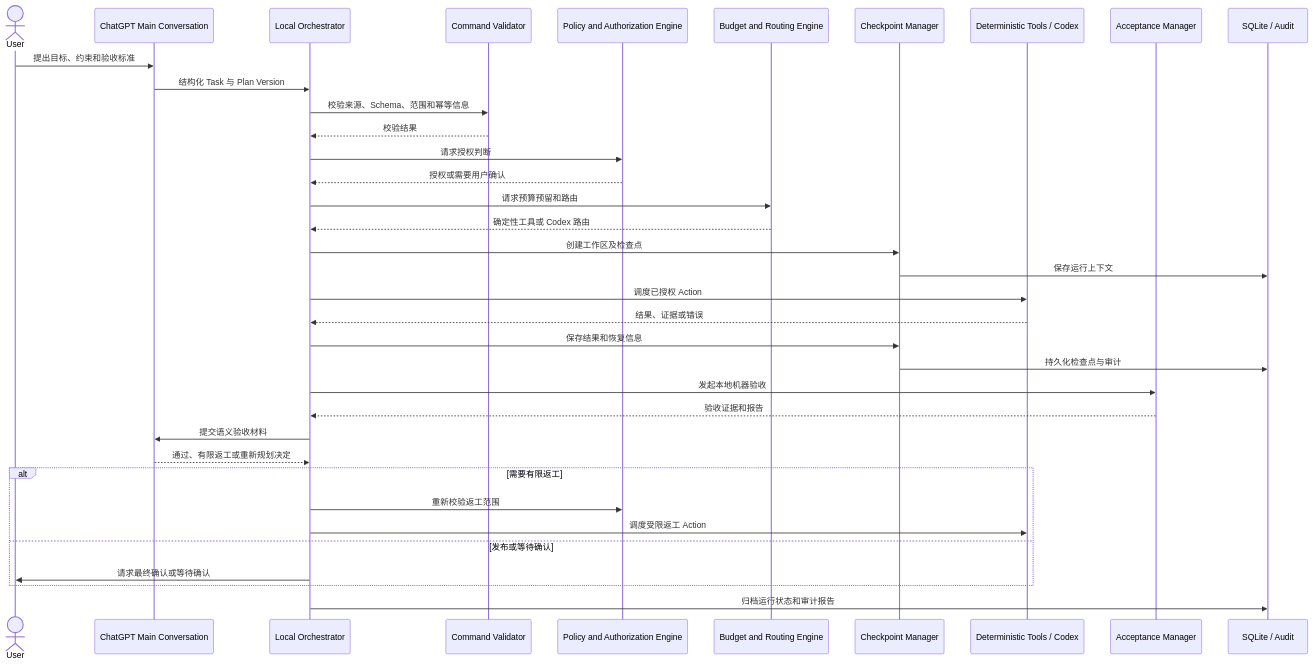
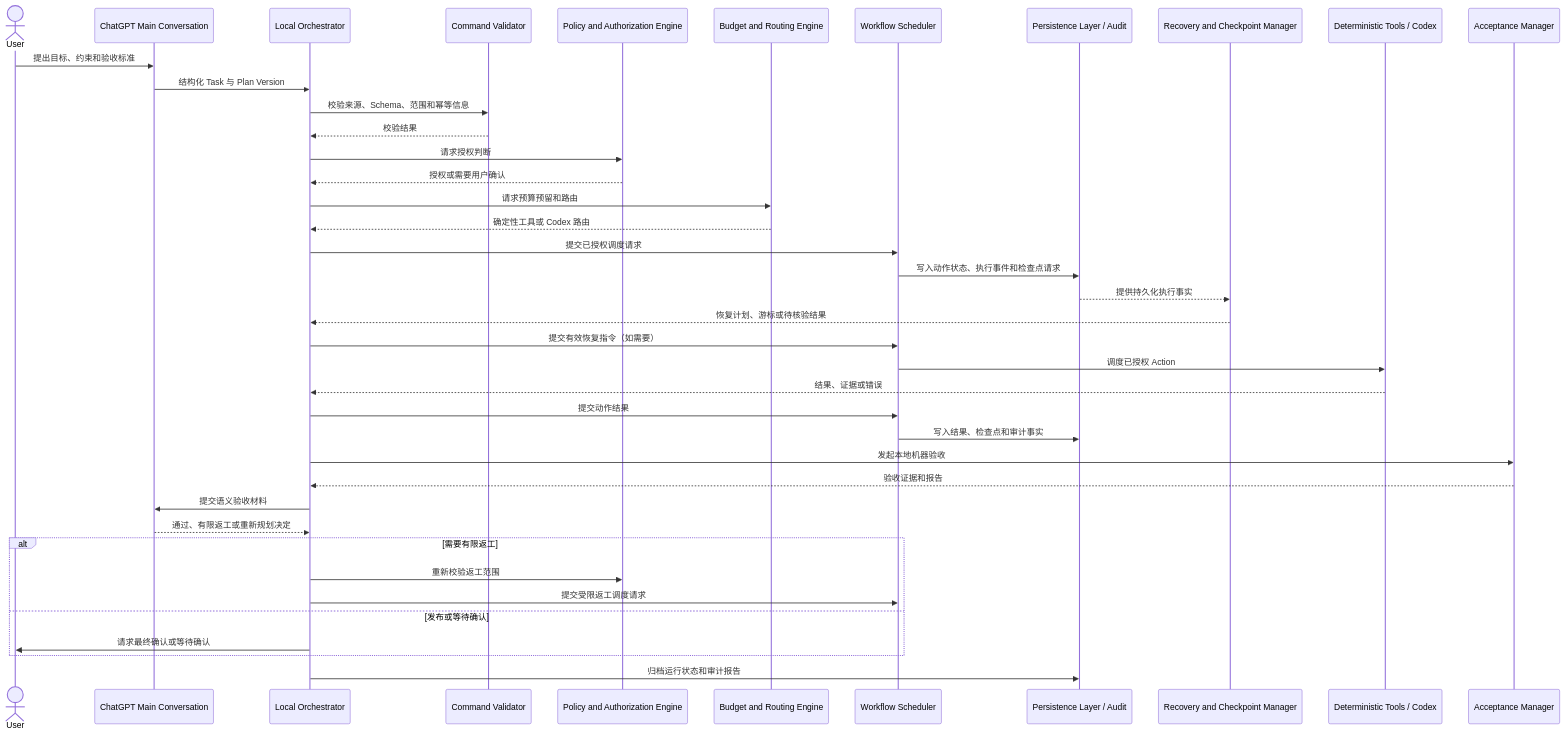
One commit to sadary000000/Codex-Workbench changed the second of 2 diagrams in docs/architecture.md. Above: the diagram before and after it, drawn with Mermaid. The commit also changed other lines of this file and 1 other file, not shown here.

Commit message:
docs: remove circular architecture dependencies

````diff
--- a/docs/architecture.md
+++ b/docs/architecture.md
@@ -251,39 +254,43 @@
 ```mermaid
 sequenceDiagram
     actor User
     participant Main as ChatGPT Main Conversation
     participant O as Local Orchestrator
     participant V as Command Validator
     participant P as Policy and Authorization Engine
     participant B as Budget and Routing Engine
-    participant C as Checkpoint Manager
+    participant S as Workflow Scheduler
+    participant DB as Persistence Layer / Audit
+    participant C as Recovery and Checkpoint Manager
     participant T as Deterministic Tools / Codex
     participant A as Acceptance Manager
-    participant DB as SQLite / Audit
 
     User->>Main: 提出目标、约束和验收标准
     Main->>O: 结构化 Task 与 Plan Version
     O->>V: 校验来源、Schema、范围和幂等信息
     V-->>O: 校验结果
     O->>P: 请求授权判断
     P-->>O: 授权或需要用户确认
     O->>B: 请求预算预留和路由
     B-->>O: 确定性工具或 Codex 路由
-    O->>C: 创建工作区及检查点
-    C->>DB: 保存运行上下文
-    O->>T: 调度已授权 Action
+    O->>S: 提交已授权调度请求
+    S->>DB: 写入动作状态、执行事件和检查点请求
+    DB-->>C: 提供持久化执行事实
+    C-->>O: 恢复计划、游标或待核验结果
+    O->>S: 提交有效恢复指令（如需要）
+    S->>T: 调度已授权 Action
     T-->>O: 结果、证据或错误
-    O->>C: 保存结果和恢复信息
-    C->>DB: 持久化检查点与审计
+    O->>S: 提交动作结果
+    S->>DB: 写入结果、检查点和审计事实
     O->>A: 发起本地机器验收
     A-->>O: 验收证据和报告
     O->>Main: 提交语义验收材料
     Main-->>O: 通过、有限返工或重新规划决定
     alt 需要有限返工
         O->>P: 重新校验返工范围
-        O->>T: 调度受限返工 Action
+        O->>S: 提交受限返工调度请求
     else 发布或等待确认
         O->>User: 请求最终确认或等待确认
     end
     O->>DB: 归档运行状态和审计报告
 ```
````
